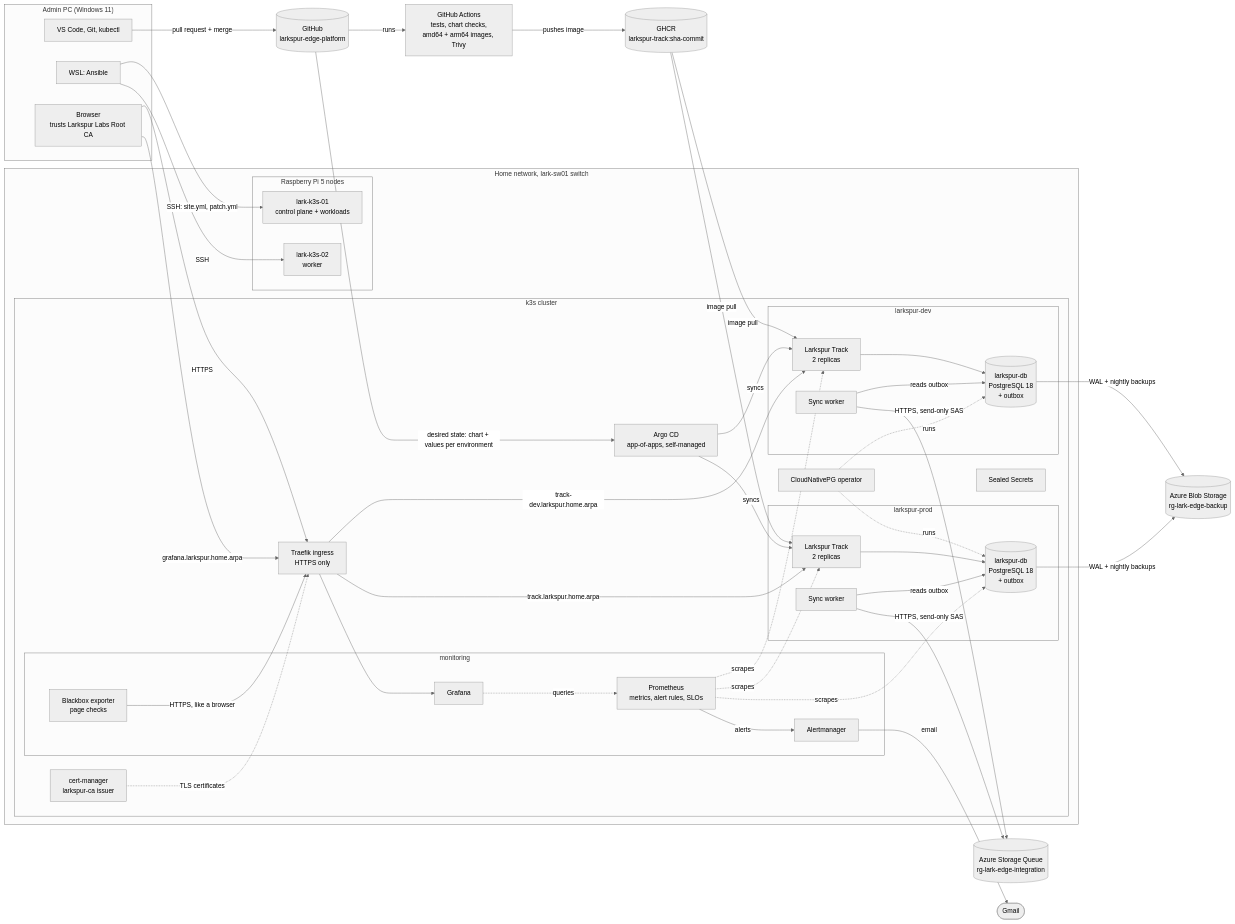
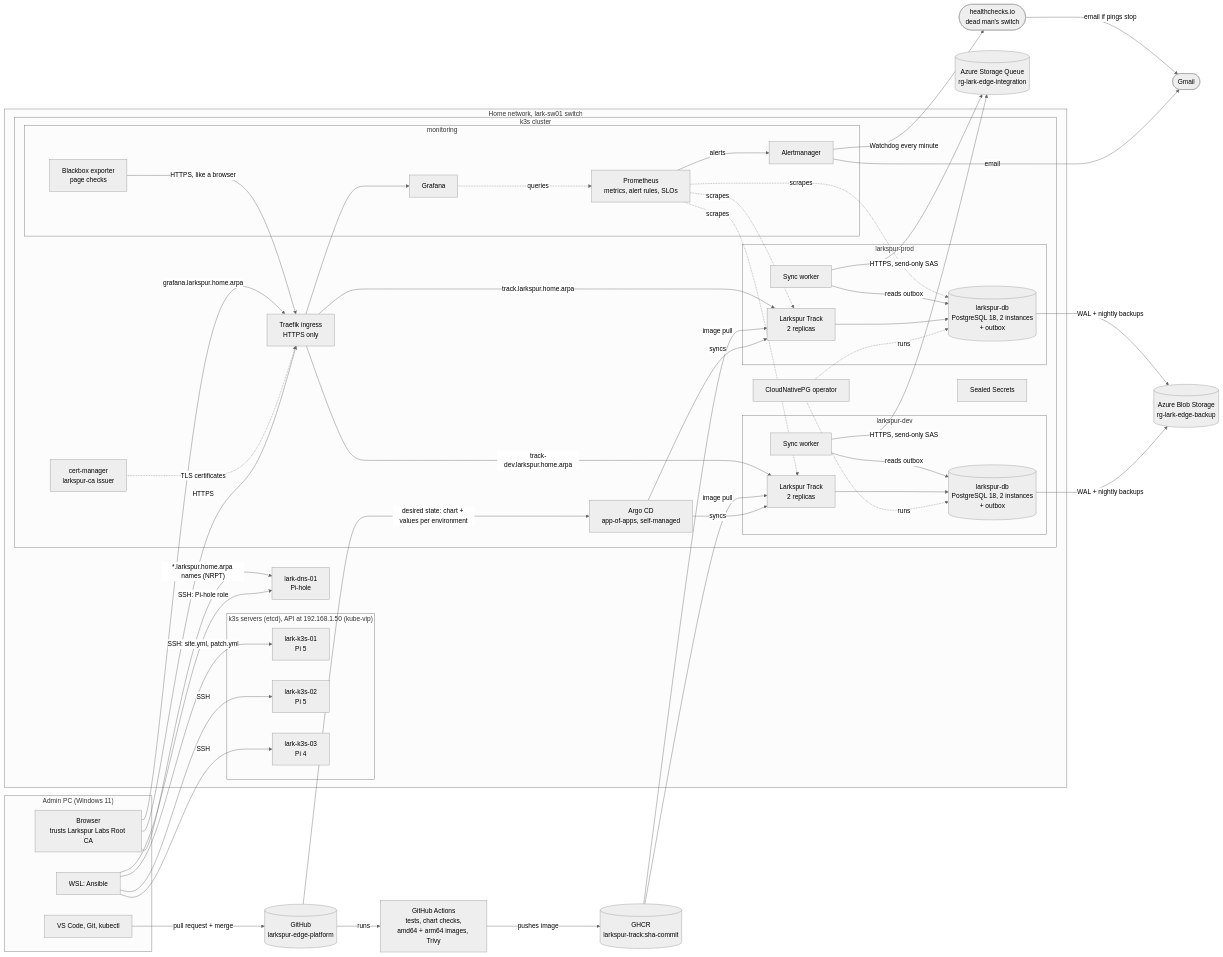
The diagram in README.md (ChefBoyRJeff/larkspur-edge-platform), drawn with Mermaid (neutral theme) before and after one commit. The commit also changed other lines of this file, not shown here.

Commit message:
docs(readme): describe the three-server cluster, high availability and site DNS

```diff
--- a/README.md
+++ b/README.md
@@ -29,10 +32,12 @@
   ghcr[("GHCR<br/>larkspur-track:sha-commit")]
 
   subgraph SITE["Home network, lark-sw01 switch"]
-    subgraph NODES["Raspberry Pi 5 nodes"]
-      n1["lark-k3s-01<br/>control plane + workloads"]
-      n2["lark-k3s-02<br/>worker"]
+    subgraph NODES["k3s servers (etcd), API at 192.168.1.50 (kube-vip)"]
+      n1["lark-k3s-01<br/>Pi 5"]
+      n2["lark-k3s-02<br/>Pi 5"]
+      n3["lark-k3s-03<br/>Pi 4"]
     end
+    dns["lark-dns-01<br/>Pi-hole"]
     subgraph K3S["k3s cluster"]
       argocd["Argo CD<br/>app-of-apps, self-managed"]
       cm["cert-manager<br/>larkspur-ca issuer"]
@@ -48,12 +53,12 @@
       subgraph DEVNS["larkspur-dev"]
         devapp["Larkspur Track<br/>2 replicas"]
         devsync["Sync worker"]
-        devdb[("larkspur-db<br/>PostgreSQL 18<br/>+ outbox")]
+        devdb[("larkspur-db<br/>PostgreSQL 18, 2 instances<br/>+ outbox")]
       end
       subgraph PRODNS["larkspur-prod"]
         prodapp["Larkspur Track<br/>2 replicas"]
         prodsync["Sync worker"]
-        proddb[("larkspur-db<br/>PostgreSQL 18<br/>+ outbox")]
+        proddb[("larkspur-db<br/>PostgreSQL 18, 2 instances<br/>+ outbox")]
       end
     end
   end
@@ -78,6 +83,9 @@
   prodsync -->|"HTTPS, send-only SAS"| queue
   wsl -->|"SSH: site.yml, patch.yml"| n1
   wsl -->|"SSH"| n2
+  wsl -->|"SSH"| n3
+  wsl -->|"SSH: Pi-hole role"| dns
+  browser -->|"*.larkspur.home.arpa names (NRPT)"| dns
   browser -->|"HTTPS"| traefik
   traefik -->|"track-dev.larkspur.home.arpa"| devapp
   traefik -->|"track.larkspur.home.arpa"| prodapp
@@ -88,6 +96,8 @@
   bbx -->|"HTTPS, like a browser"| traefik
   prom -->|"alerts"| am
   am -->|"email"| gmail(["Gmail"])
+  am -->|"Watchdog every minute"| hc(["healthchecks.io<br/>dead man's switch"])
+  hc -->|"email if pings stop"| gmail
   browser -->|"grafana.larkspur.home.arpa"| traefik
   traefik --> grafana
   grafana -.->|"queries"| prom
```
